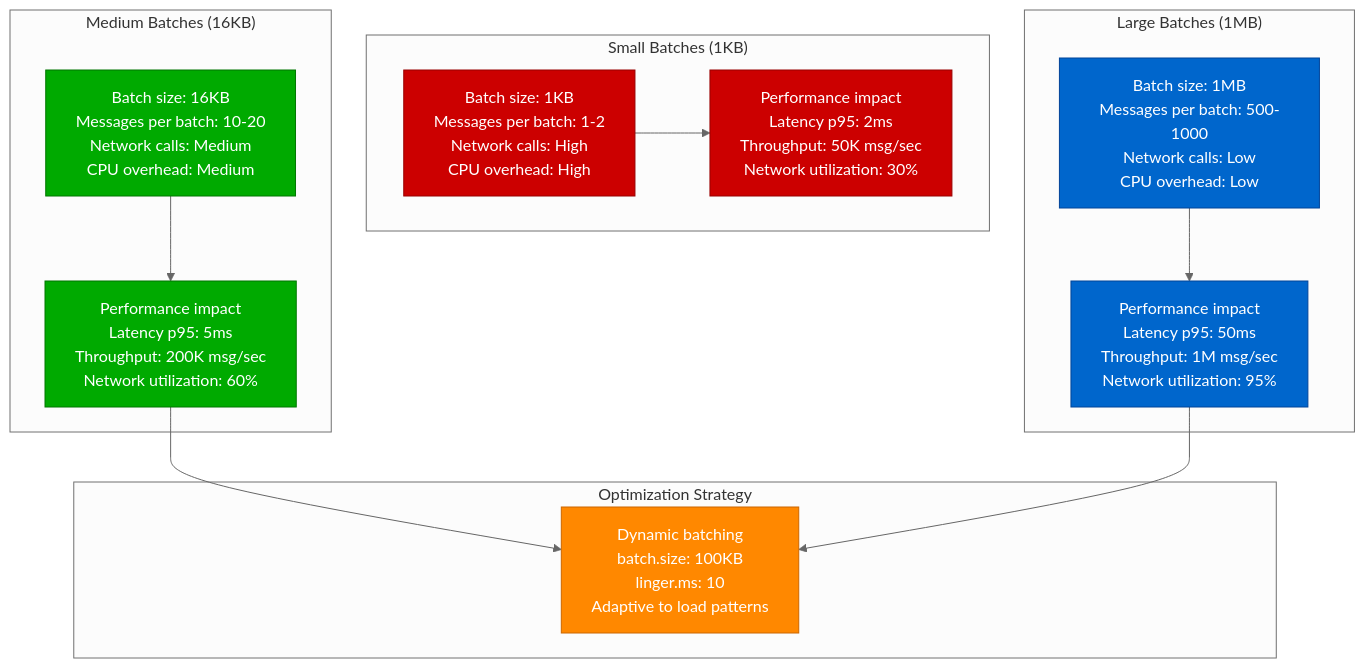
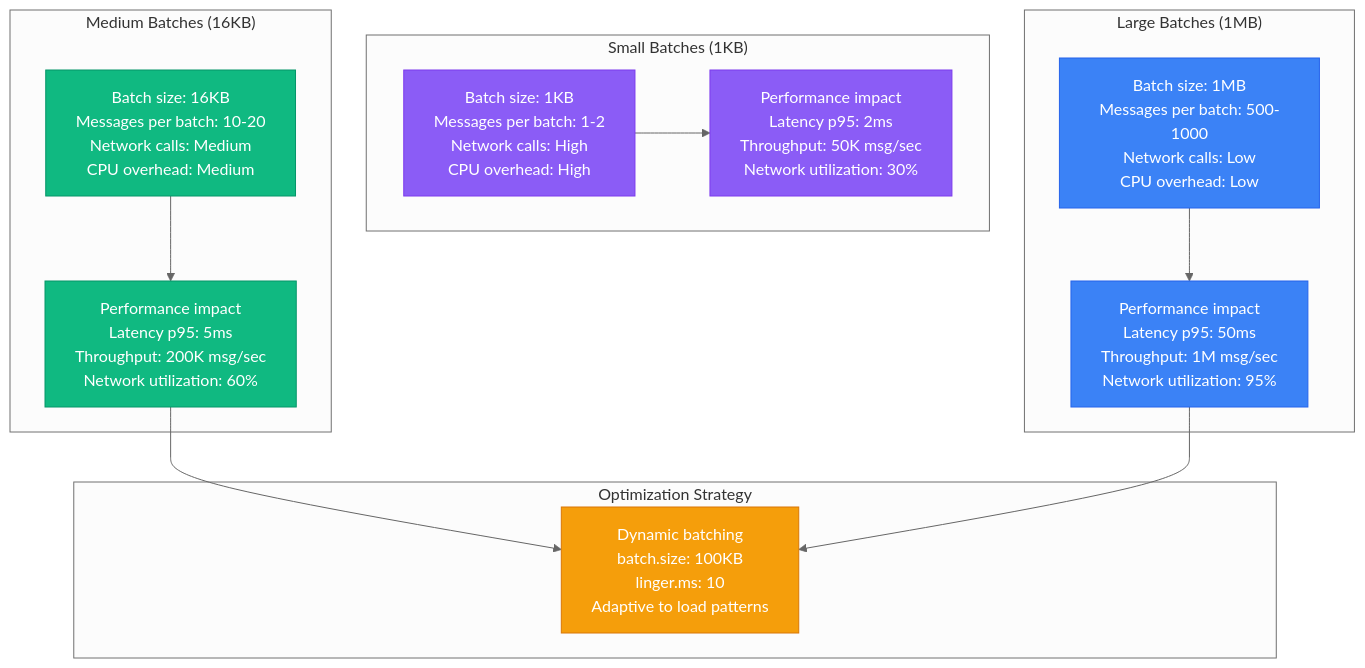
Before and after one commit to deepaucksharma/DS: the fourth of 13 diagrams in site/docs/performance/kafka-performance-profile.md, drawn with Mermaid (neutral theme). The commit also changed other lines of this file and 303 other files, not shown here.

````diff
--- a/site/docs/performance/kafka-performance-profile.md
+++ b/site/docs/performance/kafka-performance-profile.md
@@ -125,43 +125,43 @@
 ```mermaid
 graph TB
     subgraph "Small Batches (1KB)"
         SB1[Batch size: 1KB<br/>Messages per batch: 1-2<br/>Network calls: High<br/>CPU overhead: High]
 
         SB2[Performance impact<br/>Latency p95: 2ms<br/>Throughput: 50K msg/sec<br/>Network utilization: 30%]
 
         SB1 --> SB2
     end
 
     subgraph "Medium Batches (16KB)"
         MB1[Batch size: 16KB<br/>Messages per batch: 10-20<br/>Network calls: Medium<br/>CPU overhead: Medium]
 
         MB2[Performance impact<br/>Latency p95: 5ms<br/>Throughput: 200K msg/sec<br/>Network utilization: 60%]
 
         MB1 --> MB2
     end
 
     subgraph "Large Batches (1MB)"
         LB1[Batch size: 1MB<br/>Messages per batch: 500-1000<br/>Network calls: Low<br/>CPU overhead: Low]
 
         LB2[Performance impact<br/>Latency p95: 50ms<br/>Throughput: 1M msg/sec<br/>Network utilization: 95%]
 
         LB1 --> LB2
     end
 
     subgraph "Optimization Strategy"
         OPT[Dynamic batching<br/>batch.size: 100KB<br/>linger.ms: 10<br/>Adaptive to load patterns]
 
         MB2 --> OPT
         LB2 --> OPT
     end
 
-    classDef smallStyle fill:#CC0000,stroke:#990000,color:#fff
-    classDef mediumStyle fill:#00AA00,stroke:#007700,color:#fff
-    classDef largeStyle fill:#0066CC,stroke:#004499,color:#fff
-    classDef optStyle fill:#FF8800,stroke:#CC6600,color:#fff
+    classDef smallStyle fill:#8B5CF6,stroke:#7C3AED,color:#fff
+    classDef mediumStyle fill:#10B981,stroke:#059669,color:#fff
+    classDef largeStyle fill:#3B82F6,stroke:#2563EB,color:#fff
+    classDef optStyle fill:#F59E0B,stroke:#D97706,color:#fff
 
     class SB1,SB2 smallStyle
     class MB1,MB2 mediumStyle
     class LB1,LB2 largeStyle
     class OPT optStyle
 ```
````
